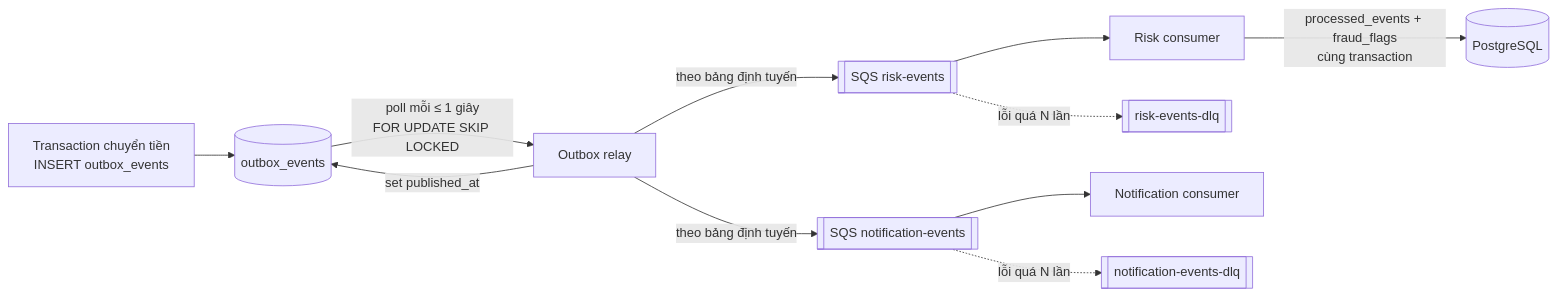
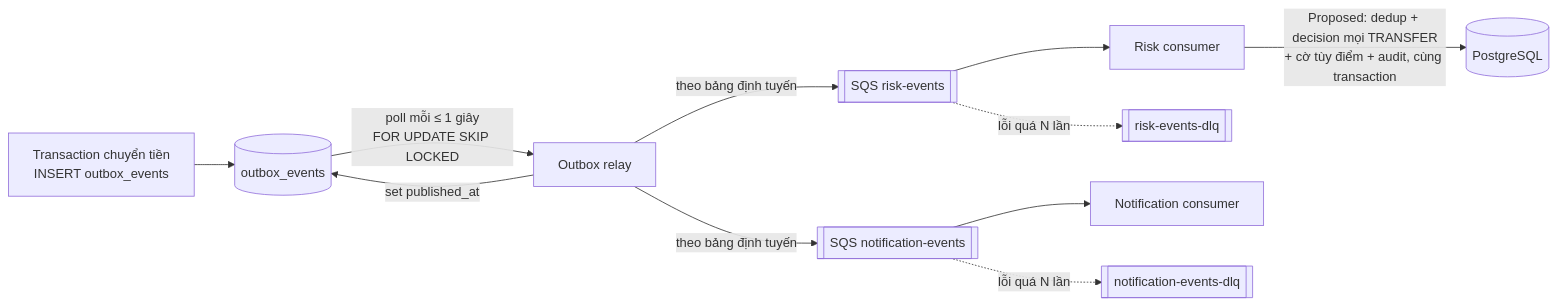
Before and after one commit to Lawliet119/digital-banking-simulator: diagram 11 of 14 in docs/03_HIGH_LEVEL_ARCHITECTURE.md, drawn with Mermaid. The commit also changed other lines of this file and 18 other files, not shown here.

````diff
--- a/docs/03_HIGH_LEVEL_ARCHITECTURE.md
+++ b/docs/03_HIGH_LEVEL_ARCHITECTURE.md
@@ -682,13 +738,13 @@
 ```mermaid
 flowchart LR
     TX["Transaction chuyển tiền<br/>INSERT outbox_events"] --> OB[(outbox_events)]
     OB -->|poll mỗi ≤ 1 giây<br/>FOR UPDATE SKIP LOCKED| REL[Outbox relay]
     REL -->|theo bảng định tuyến| QR[[SQS risk-events]]
     REL -->|theo bảng định tuyến| QN[[SQS notification-events]]
     REL -->|set published_at| OB
     QR --> RS[Risk consumer]
     QN --> NT[Notification consumer]
     QR -.->|lỗi quá N lần| DR[[risk-events-dlq]]
     QN -.->|lỗi quá N lần| DN[[notification-events-dlq]]
-    RS -->|processed_events + fraud_flags<br/>cùng transaction| PG[(PostgreSQL)]
+    RS -->|Proposed: dedup + decision mọi TRANSFER<br/>+ cờ tùy điểm + audit, cùng transaction| PG[(PostgreSQL)]
 ```
````
